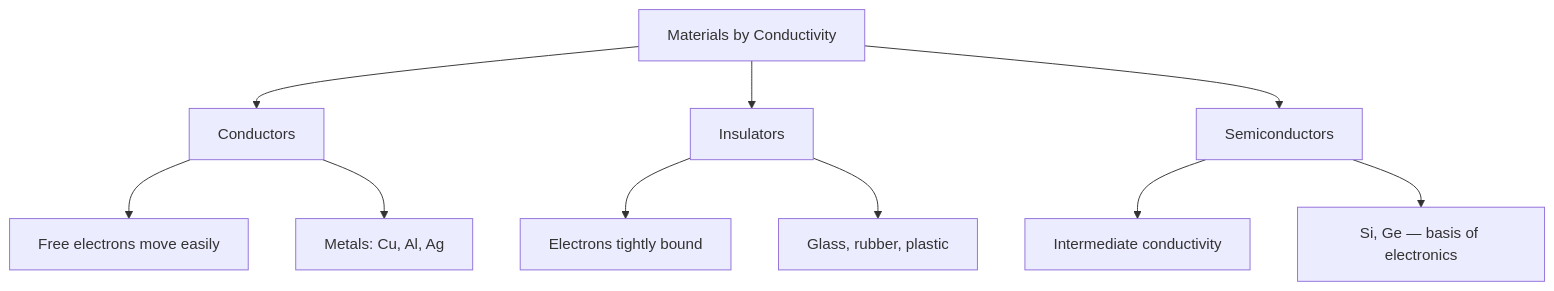
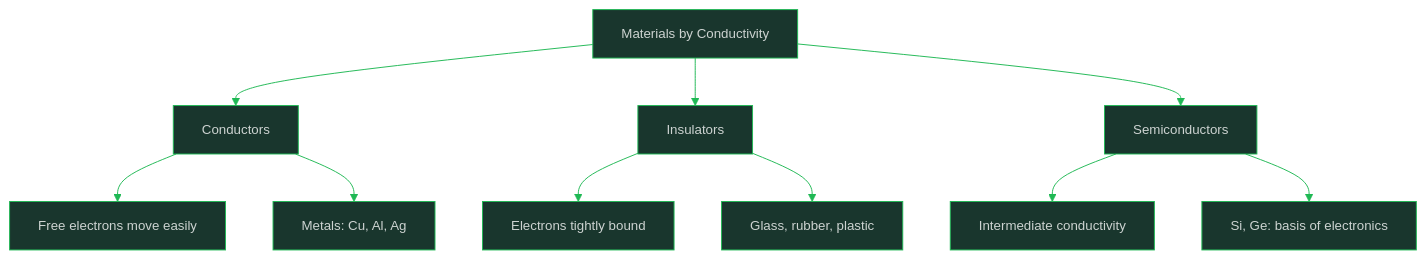
The diagram in Science/Advance/Physics/11_Electrostatics.md (oat431/general-knowledge), drawn with Mermaid before and after one commit. The commit also changed other lines of this file and 113 other files, not shown here.

````diff
--- a/Science/Advance/Physics/11_Electrostatics.md
+++ b/Science/Advance/Physics/11_Electrostatics.md
@@ -111,12 +111,13 @@
 ```mermaid
+%%{init: {'theme':'base','themeVariables':{'primaryColor':'#19362D','primaryTextColor':'#CDD3D1','primaryBorderColor':'#1FB854','lineColor':'#1FB854','background':'#1B1717','mainBkg':'#19362D','clusterBkg':'#161212','edgeLabelBackground':'#161212','titleColor':'#1FB854','fontSize':'14px'}}}%%
 flowchart TD
     A["Materials by Conductivity"] --> B["Conductors"]
     A --> C["Insulators"]
     A --> D["Semiconductors"]
     B --> E["Free electrons move easily"]
     B --> F["Metals: Cu, Al, Ag"]
     C --> G["Electrons tightly bound"]
     C --> H["Glass, rubber, plastic"]
     D --> I["Intermediate conductivity"]
-    D --> J["Si, Ge — basis of electronics"]
+    D --> J["Si, Ge: basis of electronics"]
 ```
````
